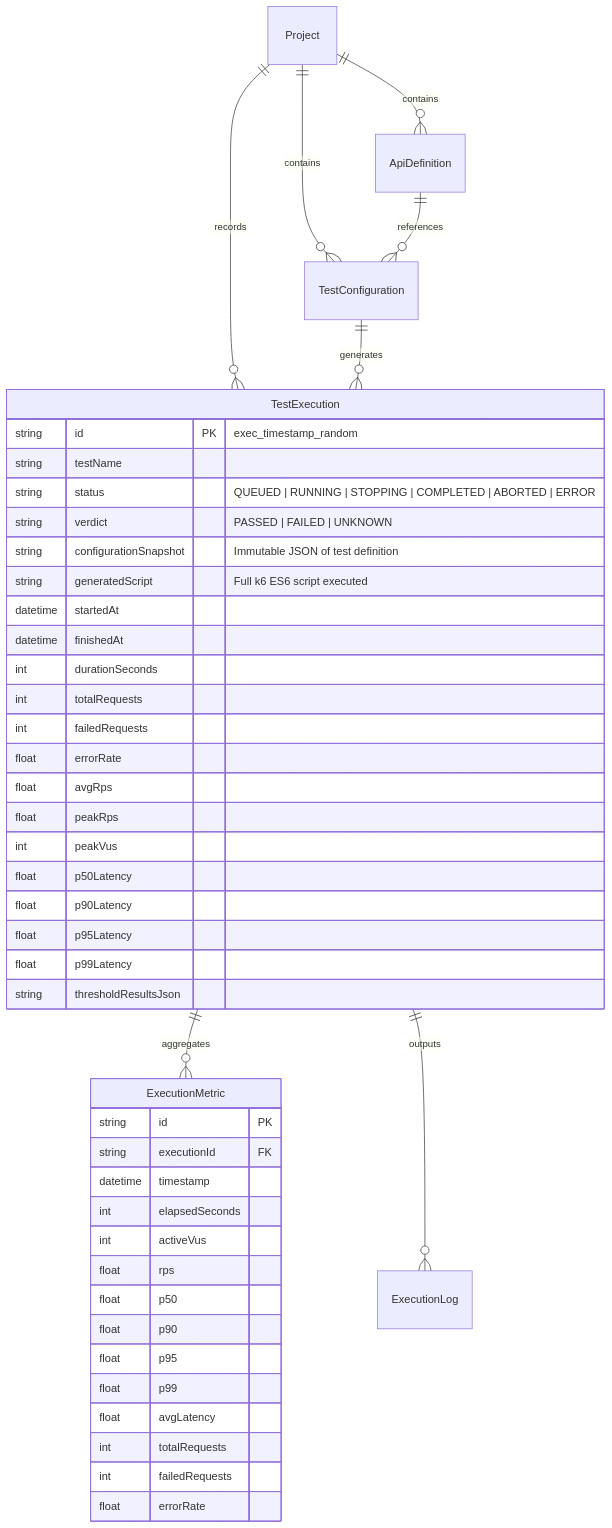
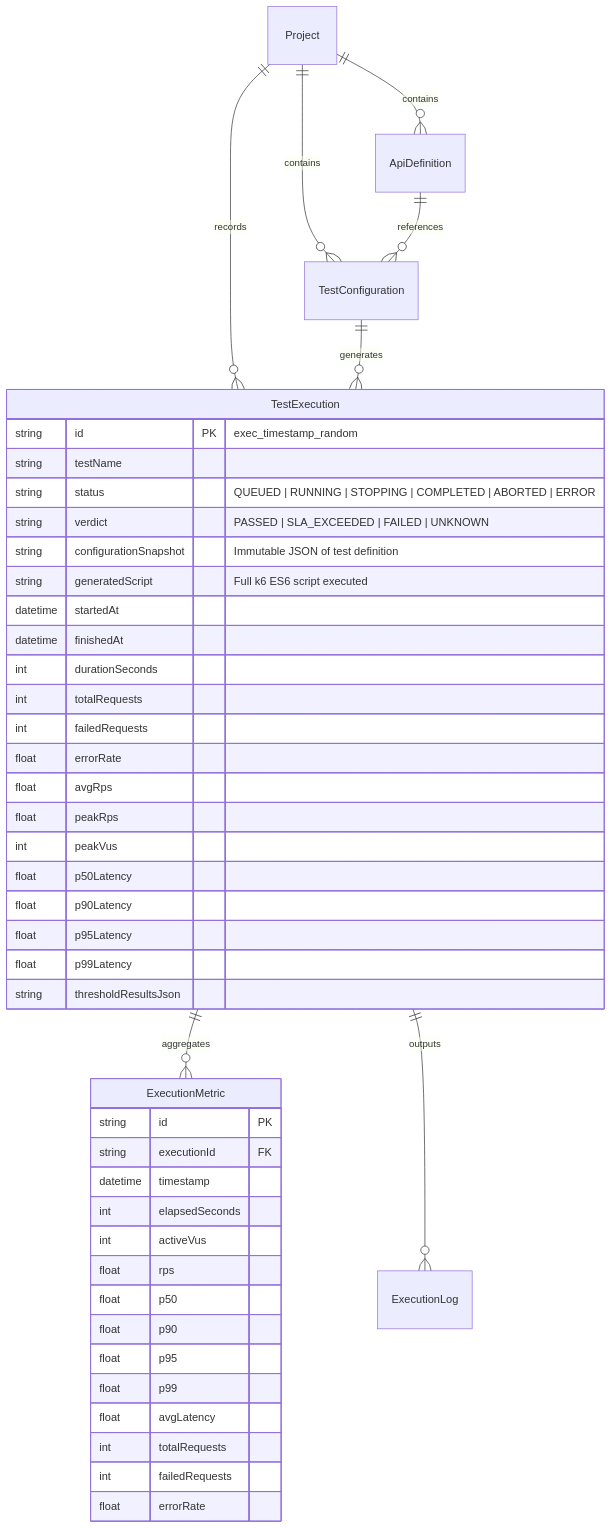
Before and after one commit to Karan-developer774/k6-load-testing: the first of 2 diagrams in SYSTEM_DESIGN_AND_ARCHITECTURE.md, drawn with Mermaid. The commit also changed other lines of this file and 7 other files, not shown here.

Commit message:
fix(verdict): introduce SLA_EXCEEDED verdict, eliminate artificial threshold failures, and clarify status diagnostics

````diff
--- a/SYSTEM_DESIGN_AND_ARCHITECTURE.md
+++ b/SYSTEM_DESIGN_AND_ARCHITECTURE.md
@@ -118,50 +118,50 @@
 ```mermaid
 erDiagram
     Project ||--o{ ApiDefinition : contains
     Project ||--o{ TestConfiguration : contains
     Project ||--o{ TestExecution : records
     ApiDefinition ||--o{ TestConfiguration : references
     TestConfiguration ||--o{ TestExecution : generates
     TestExecution ||--o{ ExecutionMetric : aggregates
     TestExecution ||--o{ ExecutionLog : outputs
 
     TestExecution {
         string id PK "exec_timestamp_random"
         string testName
         string status "QUEUED | RUNNING | STOPPING | COMPLETED | ABORTED | ERROR"
-        string verdict "PASSED | FAILED | UNKNOWN"
+        string verdict "PASSED | SLA_EXCEEDED | FAILED | UNKNOWN"
         string configurationSnapshot "Immutable JSON of test definition"
         string generatedScript "Full k6 ES6 script executed"
         datetime startedAt
         datetime finishedAt
         int durationSeconds
         int totalRequests
         int failedRequests
         float errorRate
         float avgRps
         float peakRps
         int peakVus
         float p50Latency
         float p90Latency
         float p95Latency
         float p99Latency
         string thresholdResultsJson
     }
 
     ExecutionMetric {
         string id PK
         string executionId FK
         datetime timestamp
         int elapsedSeconds
         int activeVus
         float rps
         float p50
         float p90
         float p95
         float p99
         float avgLatency
         int totalRequests
         int failedRequests
         float errorRate
     }
 ```
````
